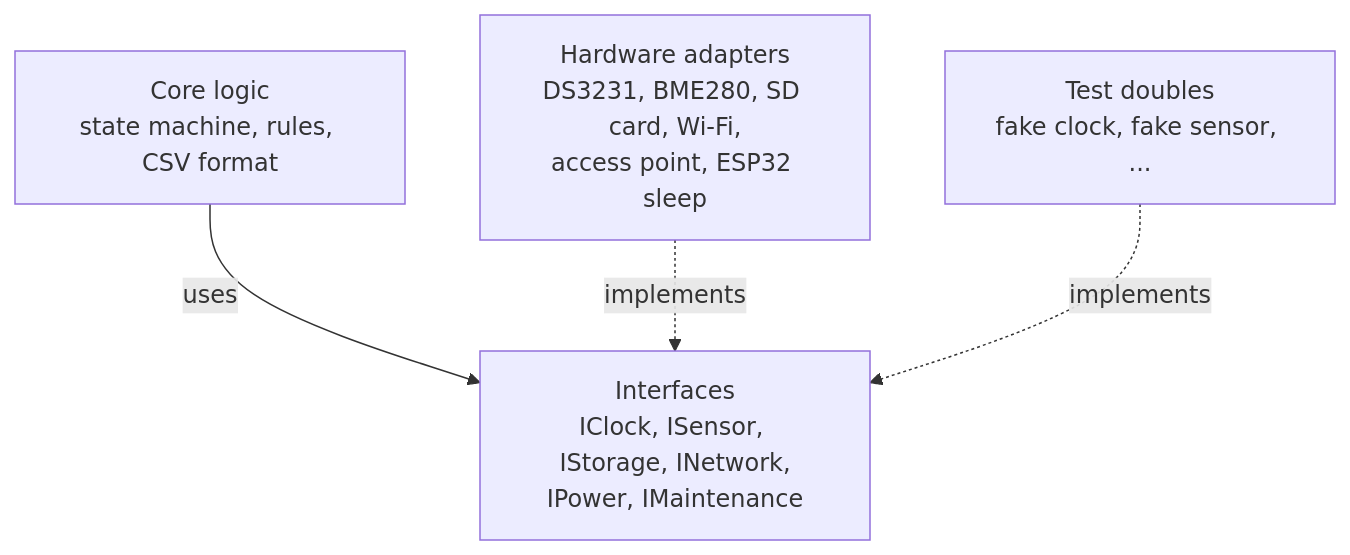
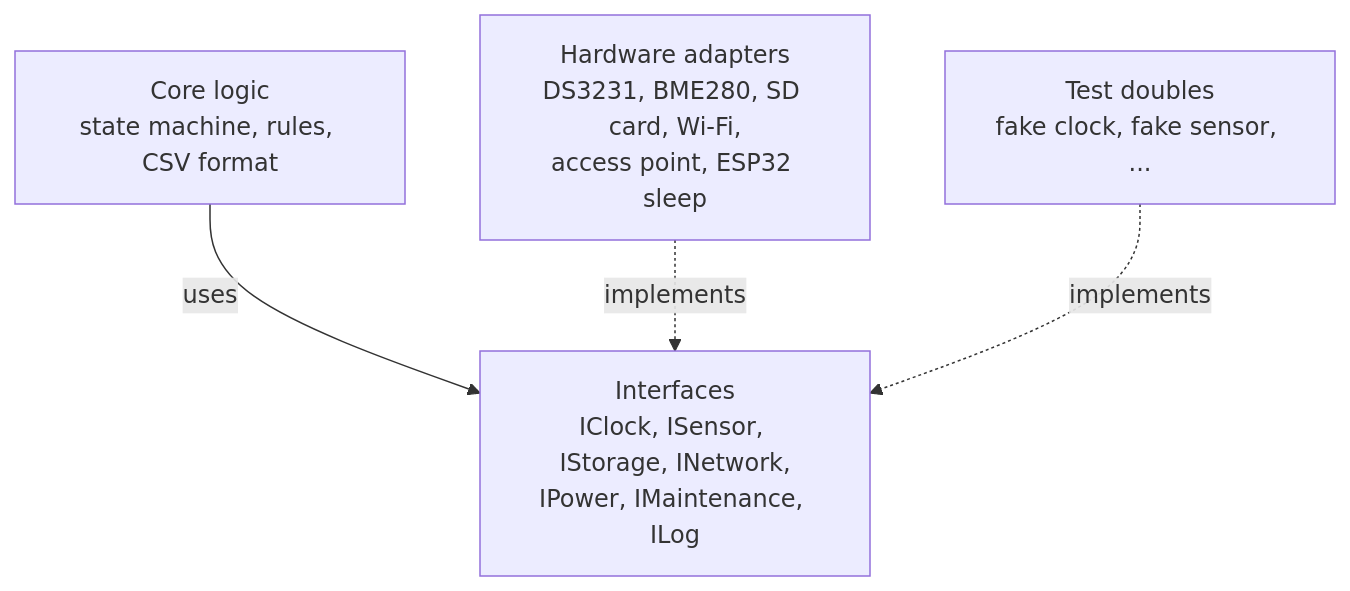
One commit to wg1d/personal-autonomous-weather-station changed the diagram in docs/chapters/Architecture/Phase-04/00-4-structure-and-verification.qmd. Above: the diagram before and after it, drawn with Mermaid. The commit also changed other lines of this file and 3 other files, not shown here.

````diff
--- a/docs/chapters/Architecture/Phase-04/00-4-structure-and-verification.qmd
+++ b/docs/chapters/Architecture/Phase-04/00-4-structure-and-verification.qmd
@@ -29,10 +29,10 @@
 ```{mermaid}
 flowchart TD
     core["Core logic<br/>state machine, rules, CSV format"]
-    ports["Interfaces<br/>IClock, ISensor, IStorage, INetwork,<br/>IPower, IMaintenance"]
+    ports["Interfaces<br/>IClock, ISensor, IStorage, INetwork,<br/>IPower, IMaintenance, ILog"]
     hw["Hardware adapters<br/>DS3231, BME280, SD card, Wi-Fi,<br/>access point, ESP32 sleep"]
     doubles["Test doubles<br/>fake clock, fake sensor, ..."]
     core -- uses --> ports
     hw -. implements .-> ports
     doubles -. implements .-> ports
 ```
````
